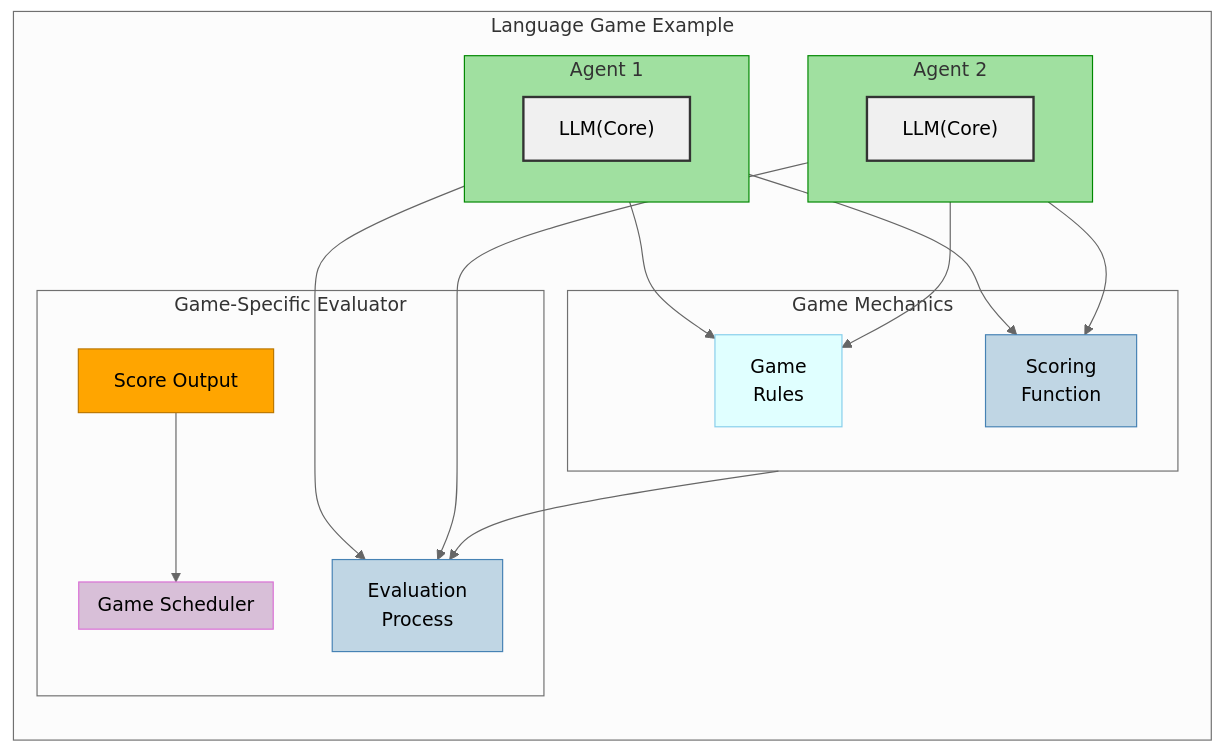
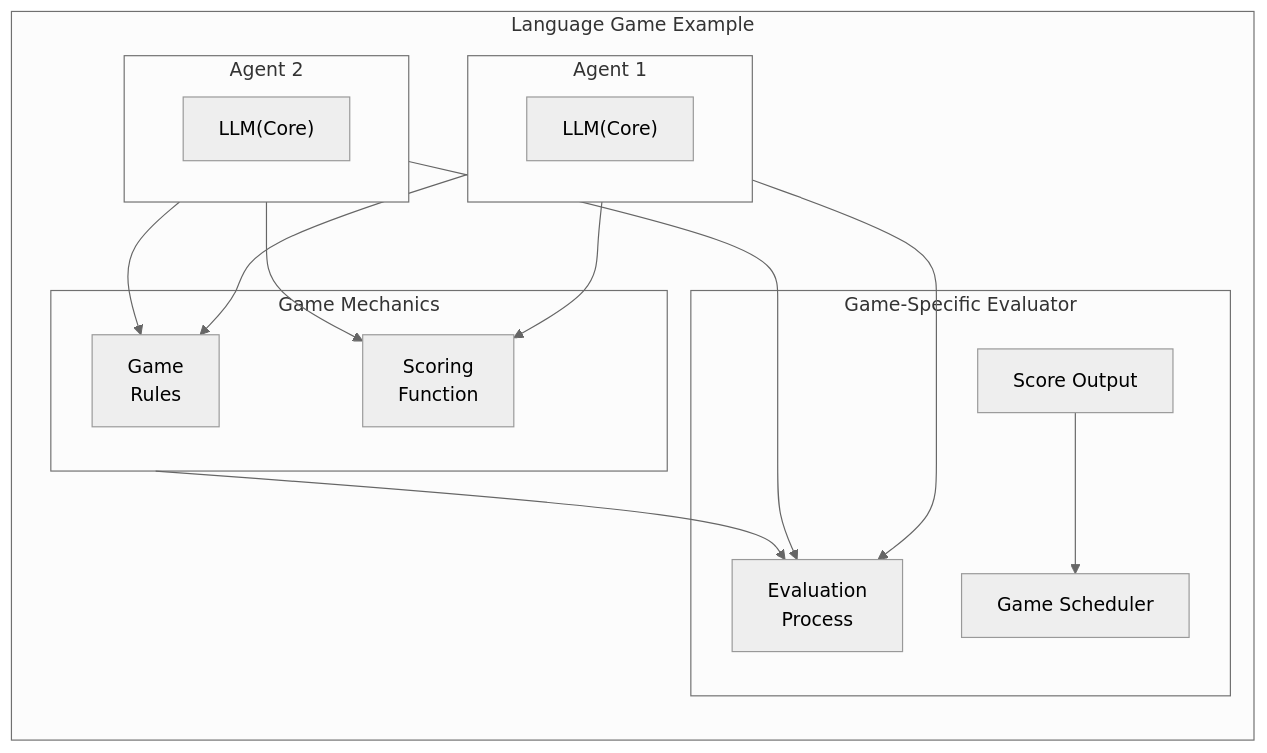
The fourth of 8 diagrams in README.md (nshkrdotcom/EADS), drawn with Mermaid (neutral theme) before and after one commit. The commit also changed other lines of this file, not shown here.

````diff
--- a/README.md
+++ b/README.md
@@ -377,46 +374,30 @@
 ```mermaid
 graph LR
     subgraph LanguageGame["Language&nbsp;Game&nbsp;Example"]
         subgraph Agent1["Agent 1"]
             LLM1["LLM(Core)"]
-            style LLM1 fill:#f0f0f0,stroke:#333,stroke-width:2px
         end
         subgraph Agent2["Agent&nbsp;2"]
             LLM2["LLM(Core)"]
-            style LLM2 fill:#f0f0f0,stroke:#333,stroke-width:2px
         end
 
         subgraph GameMechanics["Game&nbsp;Mechanics"]
             Rules["Game<br>Rules"]
             ScoringFunction["Scoring<br>Function"]
-            style Rules fill:#e0ffff,stroke:#87ceeb
-            style ScoringFunction fill:#c0d6e4,stroke:#4682b4
         end
 
         subgraph Evaluator["Game#8209;Specific&nbsp;Evaluator"]
             EvaluationProcess["Evaluation<br>Process"]
-            ScoreOutput["Score Output"] --> GameScheduler
-            style EvaluationProcess fill:#c0d6e4,stroke:#4682b4
-            style ScoreOutput fill:#ffa500,stroke:#b70
+            ScoreOutput["Score Output"] --> GameScheduler["Game&nbsp;Scheduler"]
         end
 
 
         Agent1 --> Rules
         Agent2 --> Rules
         Agent1 --> ScoringFunction
         Agent2 --> ScoringFunction
         Agent1 --> EvaluationProcess
         Agent2 --> EvaluationProcess
         GameMechanics --> EvaluationProcess
-        
-
-        style Agent1 fill:#a0e0a0,stroke:#080
-        style Agent2 fill:#a0e0a0,stroke:#080
-
-
-    end
-
-    subgraph GameScheduler["Game&nbsp;Scheduler"]
-        style GameScheduler fill:#d8bfd8,stroke:#da70d6
     end
 ```
````
